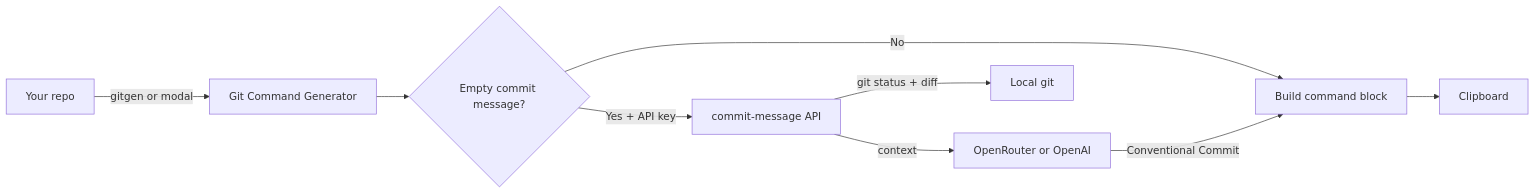
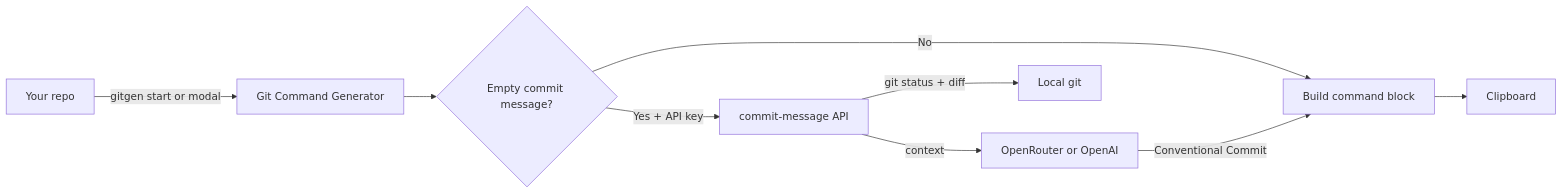
The diagram in README.md (MusicMaster4/gitgen), drawn with Mermaid before and after one commit. The commit also changed other lines of this file and 5 other files, not shown here.

````diff
--- a/README.md
+++ b/README.md
@@ -102,11 +102,11 @@
 ```mermaid
 flowchart LR
-    A["Your repo"] -->|gitgen or modal| B["Git Command Generator"]
+    A["Your repo"] -->|gitgen start or modal| B["Git Command Generator"]
     B --> C{"Empty commit message?"}
     C -->|No| D["Build command block"]
     C -->|Yes + API key| E["commit-message API"]
     E -->|git status + diff| F["Local git"]
     E -->|context| G["OpenRouter or OpenAI"]
     G -->|Conventional Commit| D
     D --> H["Clipboard"]
 ```
````
